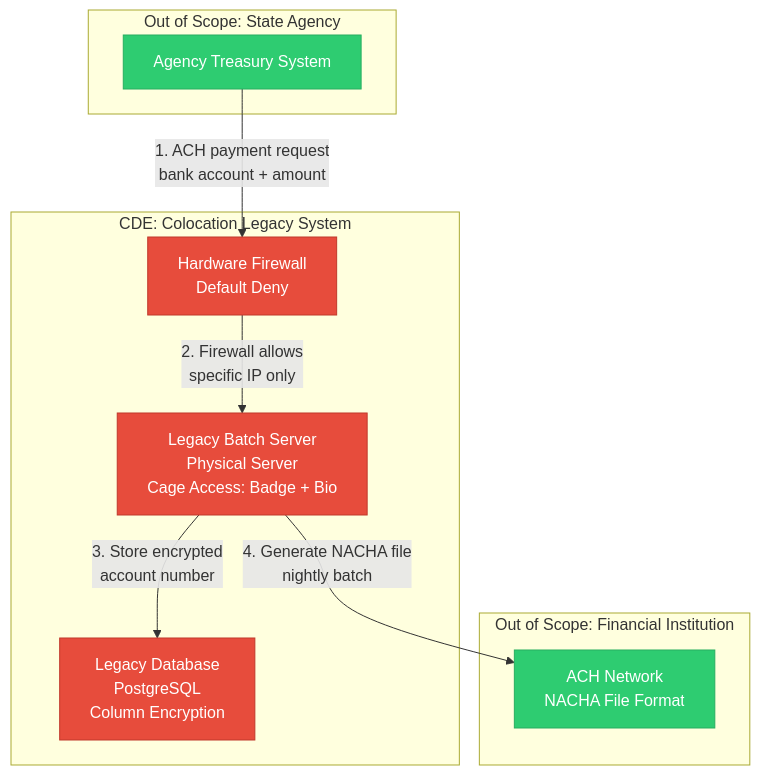
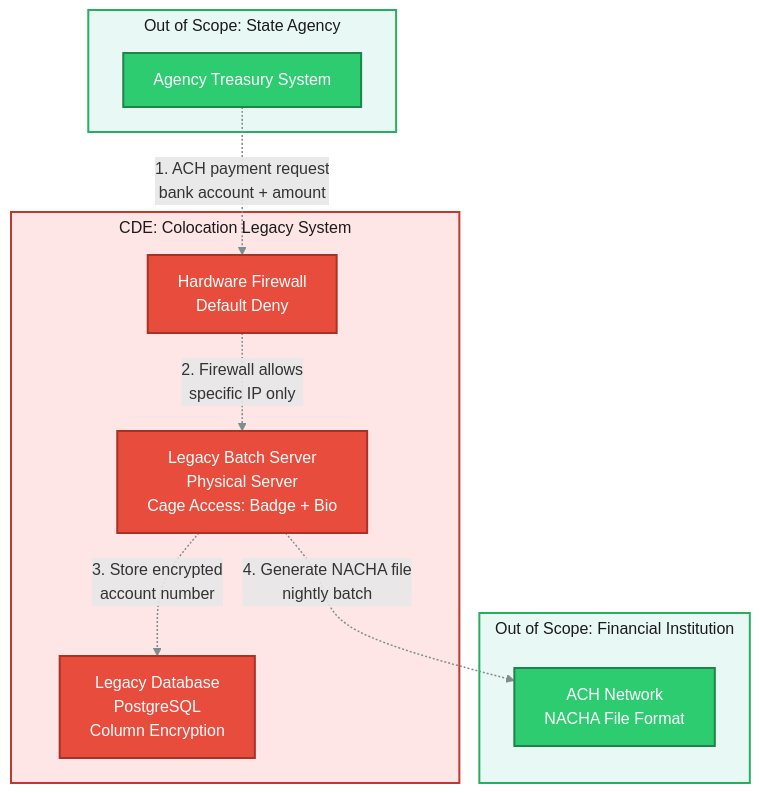
One commit to Josephkamara/audit-defense-portfolio changed the third of 3 diagrams in projects/payment-processor-compliance-program/01-scoping/cardholder-data-flow.md. Above: the diagram before and after it, drawn with Mermaid. The commit also changed other lines of this file, not shown here.

First line of the commit message:
Fix cardholder data flow diagrams (#5)

````diff
--- a/projects/payment-processor-compliance-program/01-scoping/cardholder-data-flow.md
+++ b/projects/payment-processor-compliance-program/01-scoping/cardholder-data-flow.md
@@ -106,27 +115,29 @@
 ```mermaid
-graph TB
-    subgraph "Out of Scope: State Agency"
-        A[Agency Treasury System]
+%%{init: {"flowchart": {"subGraphTitleMargin": {"top": 4, "bottom": 14}}}}%%
+flowchart TB
+    subgraph agency3["Out of Scope: State Agency"]
+        A["Agency Treasury System"]
     end
-    
-    subgraph "CDE: Colocation Legacy System"
-        B[Legacy Batch Server<br/>Physical Server<br/>Cage Access: Badge + Bio]
-        C[Legacy Database<br/>PostgreSQL<br/>Column Encryption]
-        D[Hardware Firewall<br/>Default Deny]
+    subgraph colo["CDE: Colocation Legacy System"]
+        D["Hardware Firewall<br/>Default Deny"]
+        B["Legacy Batch Server<br/>Physical Server<br/>Cage Access: Badge + Bio"]
+        C["Legacy Database<br/>PostgreSQL<br/>Column Encryption"]
     end
-    
-    subgraph "Out of Scope: Financial Institution"
-        E[ACH Network<br/>NACHA File Format]
+    subgraph ach["Out of Scope: Financial Institution"]
+        E["ACH Network<br/>NACHA File Format"]
     end
-    
-    A -->|1. ACH payment request<br/>bank account + amount| D
-    D -->|2. Firewall allows<br/>specific IP only| B
-    B -->|3. Store encrypted<br/>account number| C
-    B -->|4. Generate NACHA file<br/>nightly batch| E
-    
-    style B fill:#e74c3c,stroke:#c0392b,color:#fff
-    style C fill:#e74c3c,stroke:#c0392b,color:#fff
-    style D fill:#e74c3c,stroke:#c0392b,color:#fff
-    style A fill:#2ecc71,stroke:#27ae60,color:#fff
-    style E fill:#2ecc71,stroke:#27ae60,color:#fff
+
+    A -.->|"1. ACH payment request<br/>bank account + amount"| D
+    D -.->|"2. Firewall allows<br/>specific IP only"| B
+    B -.->|"3. Store encrypted<br/>account number"| C
+    B -.->|"4. Generate NACHA file<br/>nightly batch"| E
+
+    linkStyle 0,1,2,3 stroke:#7f8c8d,stroke-width:1.5px
+    classDef cdeNode fill:#e74c3c,stroke:#a93226,stroke-width:2px,color:#ffffff
+    classDef oosNode fill:#2ecc71,stroke:#1e8449,stroke-width:2px,color:#ffffff
+    class B,C,D cdeNode
+    class A,E oosNode
+    style agency3 fill:#e8f8f5,stroke:#27ae60,stroke-width:2px,color:#1a1a1a
+    style colo fill:#ffe6e6,stroke:#c0392b,stroke-width:2px,color:#1a1a1a
+    style ach fill:#e8f8f5,stroke:#27ae60,stroke-width:2px,color:#1a1a1a
 ```
````
